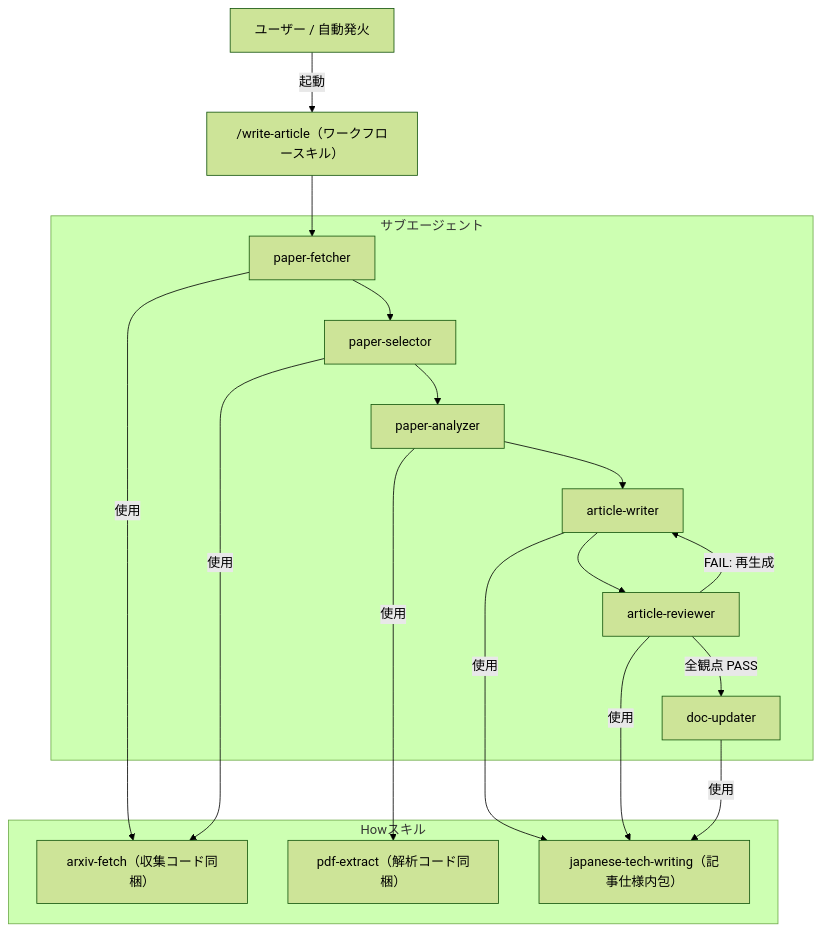
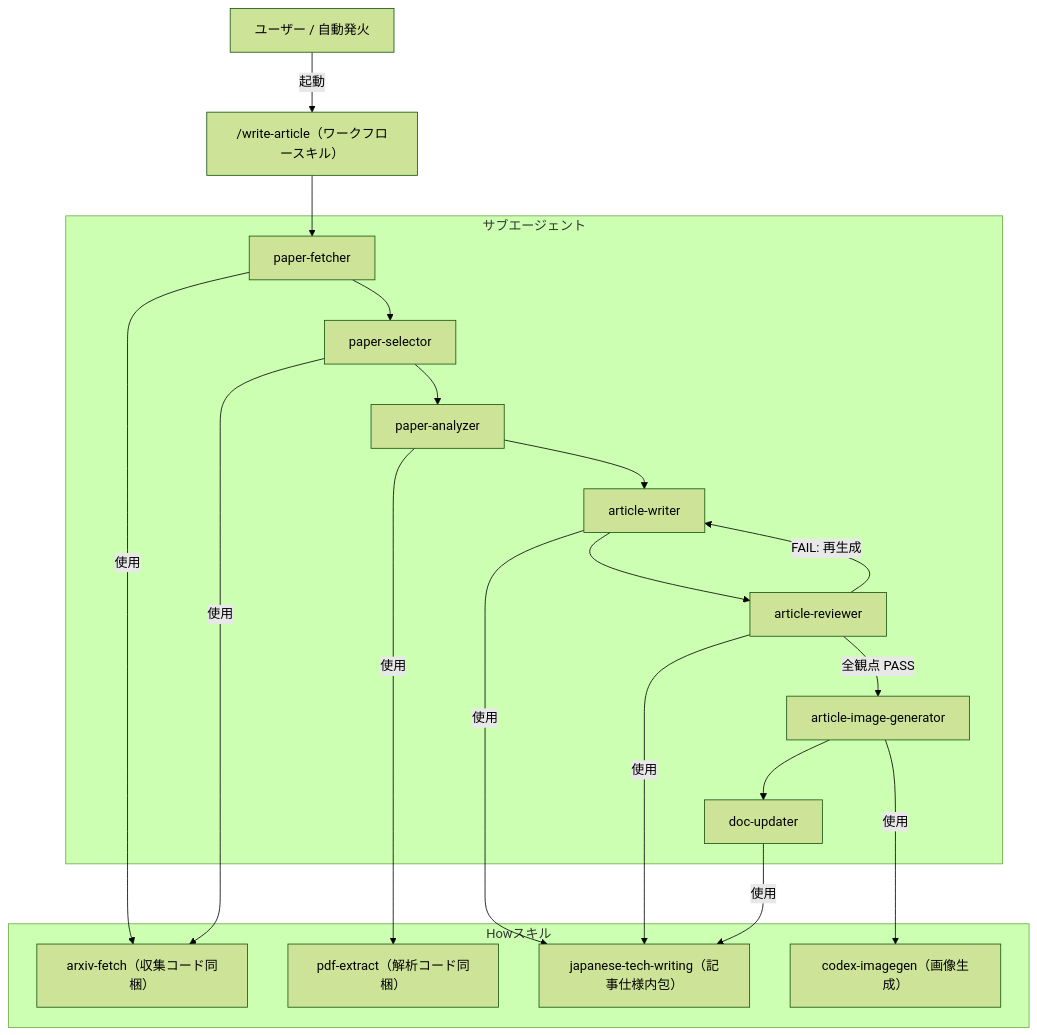
The diagram in docs/architecture.md (TomokiIshimine/paper-lens), drawn with Mermaid (forest theme) before and after one commit. The commit also changed other lines of this file and 6 other files, not shown here.

````diff
--- a/docs/architecture.md
+++ b/docs/architecture.md
@@ -14,32 +14,35 @@
 ```mermaid
 graph TD
     USER["ユーザー / 自動発火"]
     WF["/write-article（ワークフロースキル）"]
 
     subgraph サブエージェント
         FETCH["paper-fetcher"]
         SELECT["paper-selector"]
         ANALYZE["paper-analyzer"]
         WRITE["article-writer"]
         REVIEW["article-reviewer"]
+        IMAGE["article-image-generator"]
         DOCUP["doc-updater"]
     end
 
     subgraph Howスキル
         SK_FETCH["arxiv-fetch（収集コード同梱）"]
         SK_PDF["pdf-extract（解析コード同梱）"]
         SK_WRITE["japanese-tech-writing（記事仕様内包）"]
+        SK_IMG["codex-imagegen（画像生成）"]
     end
 
     USER -->|起動| WF
     WF --> FETCH --> SELECT --> ANALYZE --> WRITE --> REVIEW
     REVIEW -->|FAIL: 再生成| WRITE
-    REVIEW -->|全観点 PASS| DOCUP
+    REVIEW -->|全観点 PASS| IMAGE --> DOCUP
 
     FETCH -->|使用| SK_FETCH
     SELECT -->|使用| SK_FETCH
     ANALYZE -->|使用| SK_PDF
     WRITE -->|使用| SK_WRITE
     REVIEW -->|使用| SK_WRITE
+    IMAGE -->|使用| SK_IMG
     DOCUP -->|使用| SK_WRITE
 ```
````
